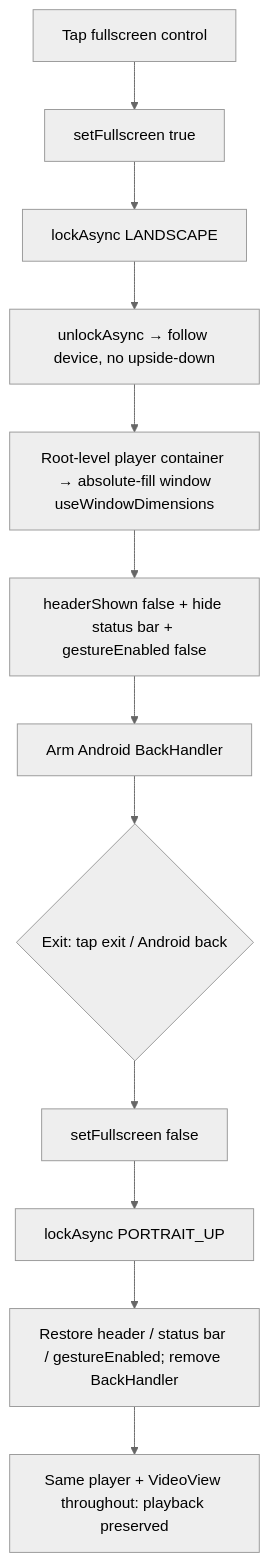
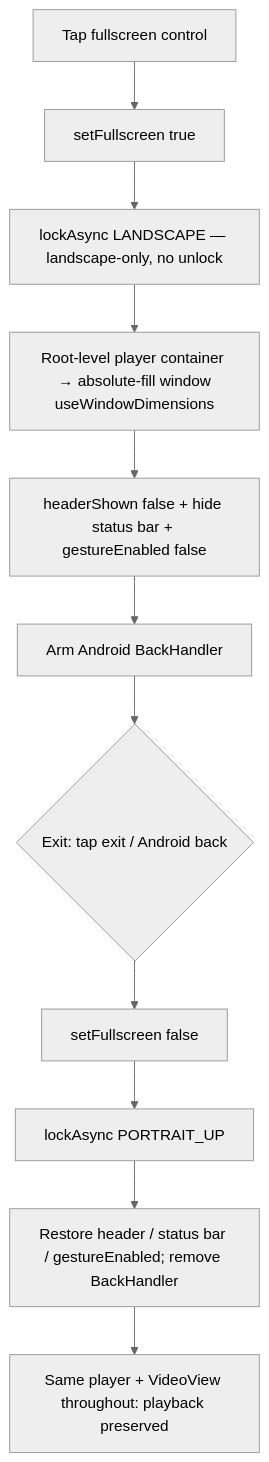
The second of 2 diagrams in docs/plans/2026-06-05-001-feat-watch-player-controls-overhaul-plan.md (JesusFilm/forge), drawn with Mermaid (neutral theme) before and after one commit. The commit also changed other lines of this file and 1 other file, not shown here.

First line of the commit message:
docs(mobile): reconcile R12 to landscape-only fullscreen

````diff
--- a/docs/plans/2026-06-05-001-feat-watch-player-controls-overhaul-plan.md
+++ b/docs/plans/2026-06-05-001-feat-watch-player-controls-overhaul-plan.md
@@ -123,14 +123,13 @@
 ```mermaid
 flowchart TD
     A[Tap fullscreen control] --> B[setFullscreen true]
-    B --> C[lockAsync LANDSCAPE]
-    C --> D[unlockAsync → follow device, no upside-down]
-    D --> E[Root-level player container → absolute-fill window\nuseWindowDimensions]
+    B --> C[lockAsync LANDSCAPE — landscape-only, no unlock]
+    C --> E[Root-level player container → absolute-fill window\nuseWindowDimensions]
     E --> F[headerShown false + hide status bar + gestureEnabled false]
     F --> G[Arm Android BackHandler]
     G --> H{Exit: tap exit / Android back}
     H --> I[setFullscreen false]
     I --> J[lockAsync PORTRAIT_UP]
     J --> K[Restore header / status bar / gestureEnabled; remove BackHandler]
     K --> L[Same player + VideoView throughout: playback preserved]
 ```
````
